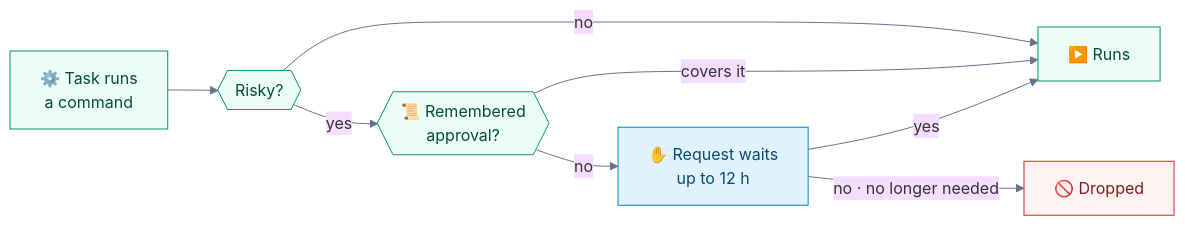
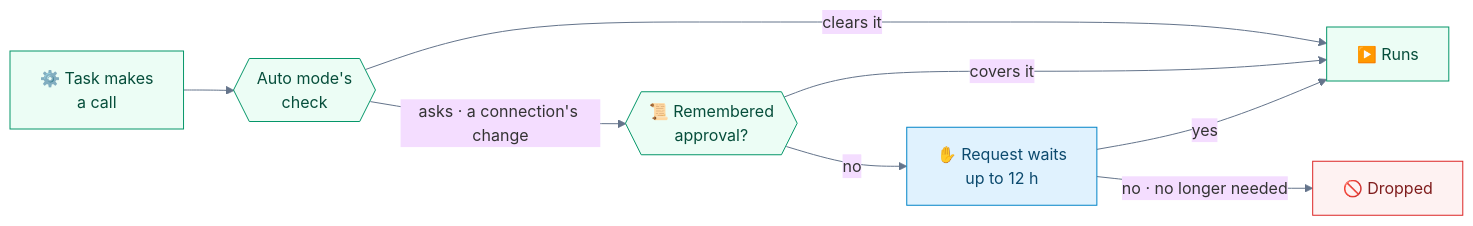
One commit to anilkumarmeena/alfred changed the third of 3 diagrams in docs/tasks.md. Above: the diagram before and after it, drawn with Mermaid (base theme). The commit also changed other lines of this file and 83 other files, not shown here.

First line of the commit message:
Refactor task grants tests: streamline artifact handling, remove host command tests

````diff
--- a/docs/tasks.md
+++ b/docs/tasks.md
@@ -220,18 +222,18 @@
 ```mermaid
 flowchart LR
-    Cmd["⚙️ Task runs<br/>a command"] --> Risky{{"Risky?"}}
-    Risky -->|no| Run["▶️ Runs"]
-    Risky -->|yes| Rule{{"📜 Remembered<br/>approval?"}}
+    Cmd["⚙️ Task makes<br/>a call"] --> Risky{{"Auto mode's<br/>check"}}
+    Risky -->|clears it| Run["▶️ Runs"]
+    Risky -->|"asks · a connection's change"| Rule{{"📜 Remembered<br/>approval?"}}
     Rule -->|covers it| Run
     Rule -->|no| Ask["✋ Request waits<br/>up to 12 h"]
     Ask -->|yes| Run
     Ask -->|"no · no longer needed"| Drop["🚫 Dropped"]
 
     classDef mac fill:#ecfdf5,stroke:#059669,color:#064e3b
     classDef warn fill:#fef2f2,stroke:#dc2626,color:#7f1d1d
     classDef you fill:#e0f2fe,stroke:#0284c7,color:#0c4a6e
     class Cmd,Run,Risky,Rule mac
     class Ask you
     class Drop warn
     linkStyle default stroke:#64748b
 ```
````
